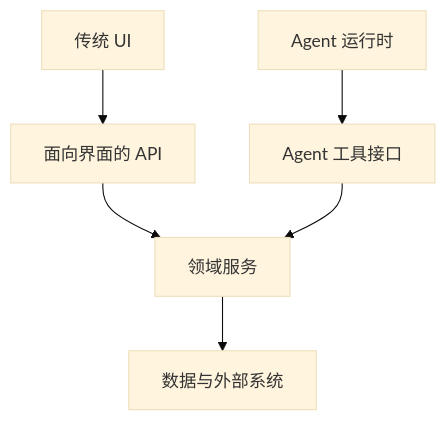
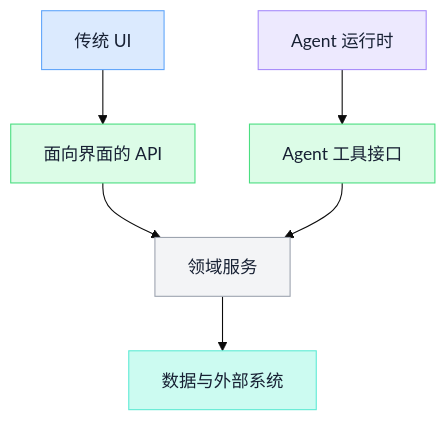
The fifth of 5 diagrams in backend/app/ai_notes/content/02-agent-architecture/01-enterprise-agent-system-architecture.md (ink-hz/AI-Agent-Platform), drawn with Mermaid (base theme) before and after one commit. The commit also changed other lines of this file and 2 other files, not shown here.

Commit message:
docs: enrich enterprise Agent architecture diagrams

````diff
--- a/backend/app/ai_notes/content/02-agent-architecture/01-enterprise-agent-system-architecture.md
+++ b/backend/app/ai_notes/content/02-agent-architecture/01-enterprise-agent-system-architecture.md
@@ -382,8 +471,19 @@
 ```mermaid
 flowchart TB
     UI[传统 UI] --> API[面向界面的 API]
     A[Agent 运行时] --> AT[Agent 工具接口]
     API --> D[领域服务]
     AT --> D
     D --> DB[数据与外部系统]
+
+    classDef input fill:#DBEAFE,stroke:#60A5FA,color:#172033;
+    classDef model fill:#EDE9FE,stroke:#A78BFA,color:#172033;
+    classDef data fill:#CCFBF1,stroke:#5EEAD4,color:#172033;
+    classDef tool fill:#DCFCE7,stroke:#4ADE80,color:#172033;
+    classDef infra fill:#F3F4F6,stroke:#9CA3AF,color:#172033;
+    class UI input;
+    class A model;
+    class API,AT tool;
+    class D infra;
+    class DB data;
 ```
````
